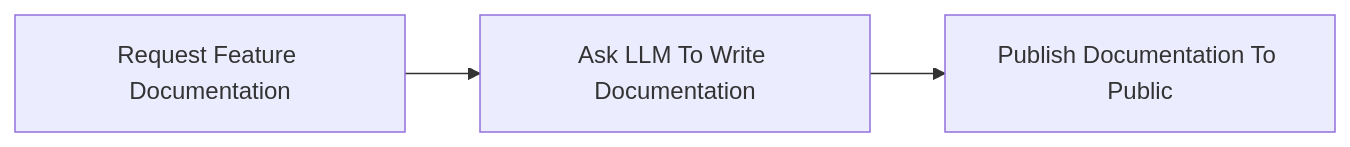
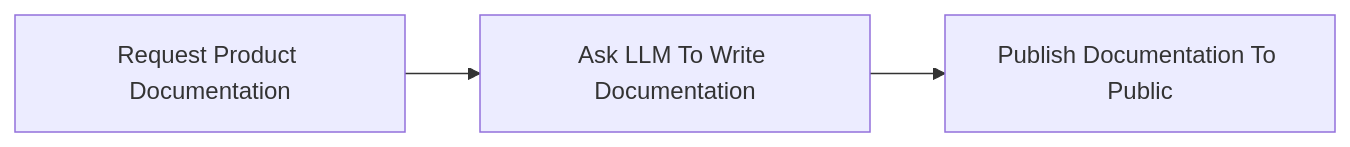
One commit to MicrosoftDocs/semantic-kernel-docs changed the diagram in semantic-kernel/mermaid/first-process-flow.mmd. Above: the diagram before and after it, drawn with Mermaid. The commit also changed 4 other files, not shown here.

```diff
--- a/semantic-kernel/mermaid/first-process-flow.mmd
+++ b/semantic-kernel/mermaid/first-process-flow.mmd
@@ -1,2 +1,2 @@
 graph LR
-    A[Request Feature Documentation] --> B[Ask LLM To Write Documentation] --> C[Publish Documentation To Public]
+    A[Request Product Documentation] --> B[Ask LLM To Write Documentation] --> C[Publish Documentation To Public]
```
